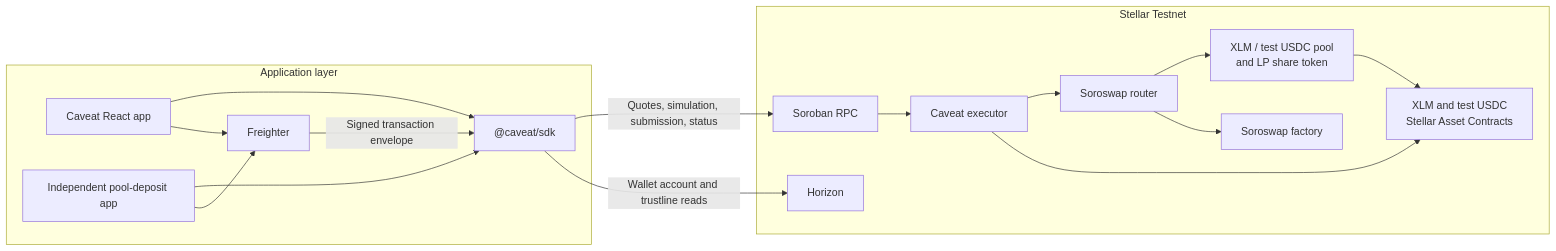
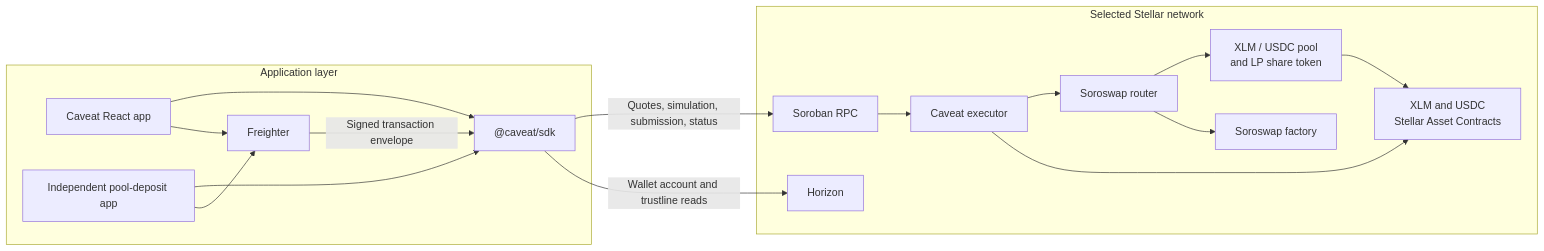
The diagram in README.md (ELLA0VICTOR/caveat), drawn with Mermaid before and after one commit. The commit also changed other lines of this file and 32 other files, not shown here.

````diff
--- a/README.md
+++ b/README.md
@@ -72,33 +73,33 @@
 ```mermaid
 flowchart LR
     subgraph Browser["Application layer"]
         UI["Caveat React app"]
         Example["Independent pool-deposit app"]
         SDK["@caveat/sdk"]
         Wallet["Freighter"]
         UI --> SDK
         Example --> SDK
         UI --> Wallet
         Example --> Wallet
     end
 
-    subgraph Network["Stellar Testnet"]
+    subgraph Network["Selected Stellar network"]
         RPC["Soroban RPC"]
         Horizon["Horizon"]
         Guard["Caveat executor"]
         Router["Soroswap router"]
         Factory["Soroswap factory"]
-        Pair["XLM / test USDC pool<br/>and LP share token"]
-        Tokens["XLM and test USDC<br/>Stellar Asset Contracts"]
+        Pair["XLM / USDC pool<br/>and LP share token"]
+        Tokens["XLM and USDC<br/>Stellar Asset Contracts"]
         RPC --> Guard
         Guard --> Router
         Router --> Pair
         Router --> Factory
         Guard --> Tokens
         Pair --> Tokens
     end
 
     SDK -->|"Quotes, simulation, submission, status"| RPC
     SDK -->|"Wallet account and trustline reads"| Horizon
     Wallet -->|"Signed transaction envelope"| SDK
 ```
````
